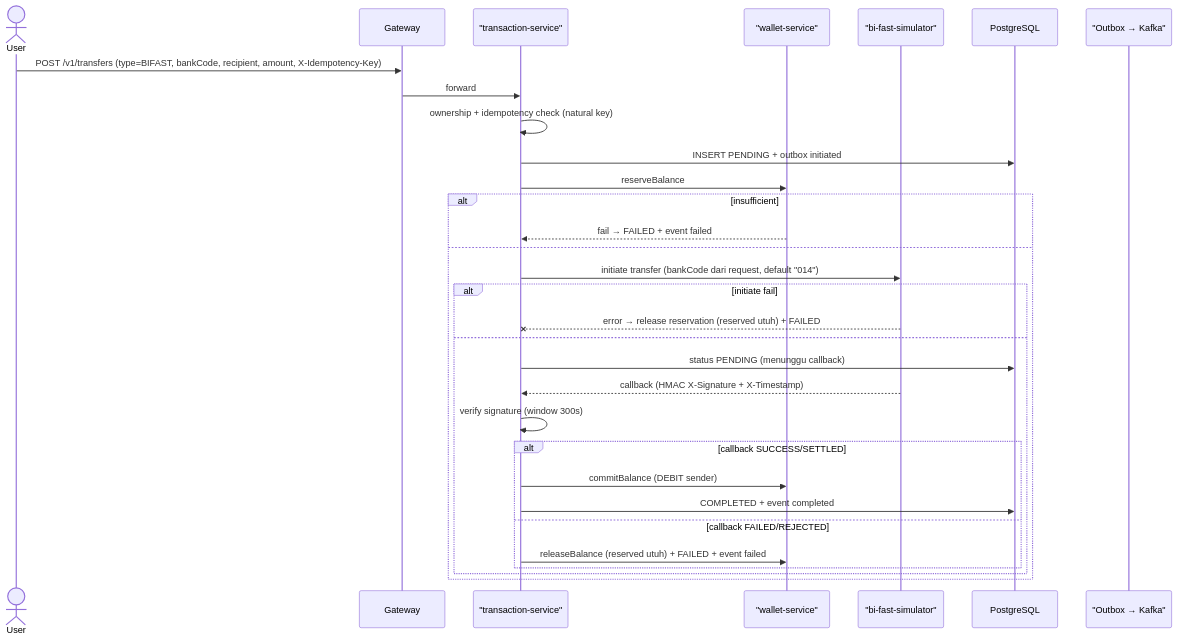
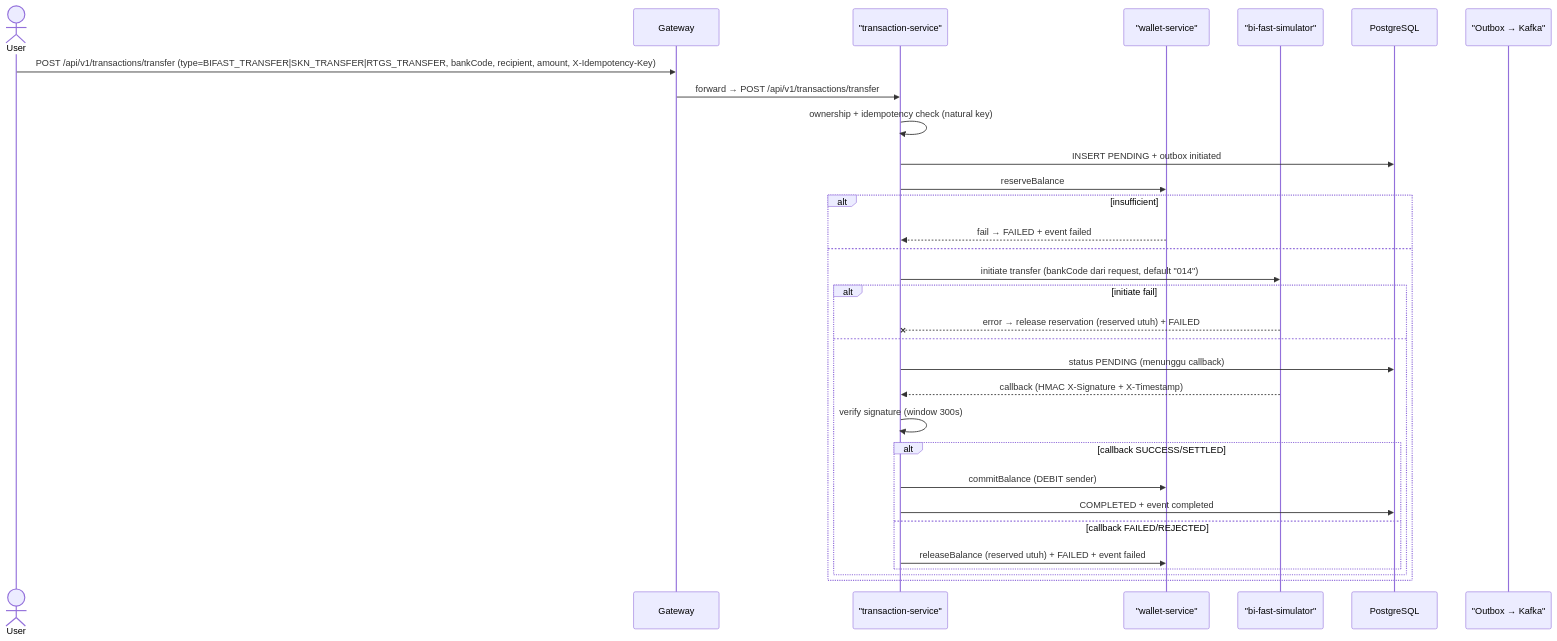
The seventh of 57 diagrams in docs/product/FLOWS.md (fajjarnr/payu), drawn with Mermaid before and after one commit. The commit also changed other lines of this file and 12 other files, not shown here.

````diff
--- a/docs/product/FLOWS.md
+++ b/docs/product/FLOWS.md
@@ -253,34 +253,34 @@
 ```mermaid
 sequenceDiagram
     actor U as User
     participant G as Gateway
     participant TX as "transaction-service"
     participant WL as "wallet-service"
     participant BF as "bi-fast-simulator"
     participant DB as PostgreSQL
     participant OB as "Outbox → Kafka"
 
-    U->>G: POST /v1/transfers (type=BIFAST, bankCode, recipient, amount, X-Idempotency-Key)
-    G->>TX: forward
+    U->>G: POST /api/v1/transactions/transfer (type=BIFAST_TRANSFER|SKN_TRANSFER|RTGS_TRANSFER, bankCode, recipient, amount, X-Idempotency-Key)
+    G->>TX: forward → POST /api/v1/transactions/transfer
     TX->>TX: ownership + idempotency check (natural key)
     TX->>DB: INSERT PENDING + outbox initiated
     TX->>WL: reserveBalance
     alt insufficient
         WL-->>TX: fail → FAILED + event failed
     else
         TX->>BF: initiate transfer (bankCode dari request, default "014")
         alt initiate fail
             BF--xTX: error → release reservation (reserved utuh) + FAILED
         else
             TX->>DB: status PENDING (menunggu callback)
             BF-->>TX: callback (HMAC X-Signature + X-Timestamp)
             TX->>TX: verify signature (window 300s)
             alt callback SUCCESS/SETTLED
                 TX->>WL: commitBalance (DEBIT sender)
                 TX->>DB: COMPLETED + event completed
             else callback FAILED/REJECTED
                 TX->>WL: releaseBalance (reserved utuh) + FAILED + event failed
             end
         end
     end
 ```
````
